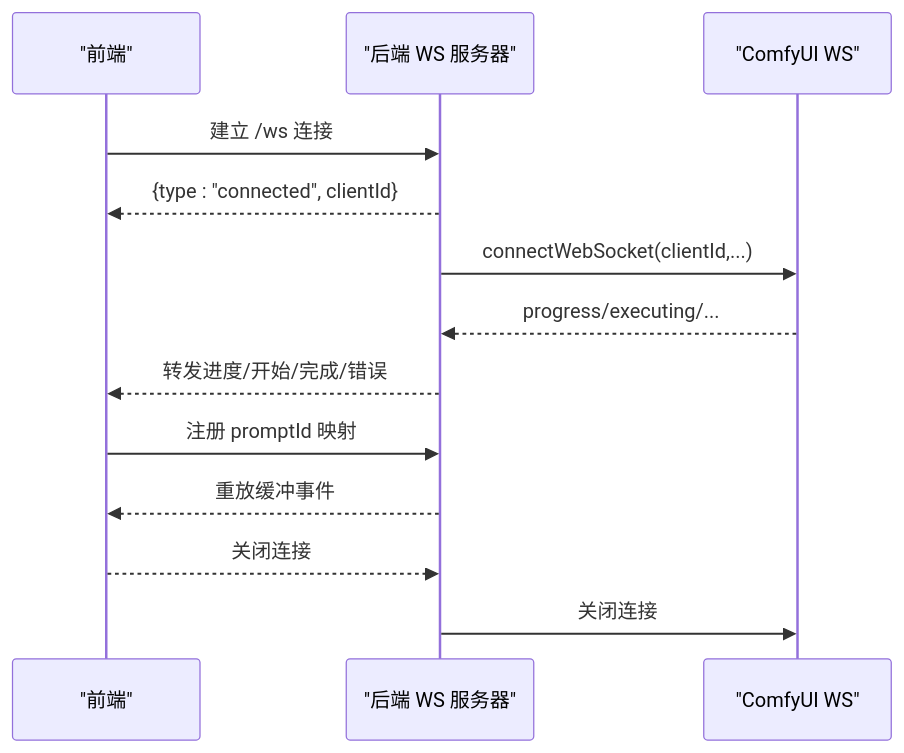
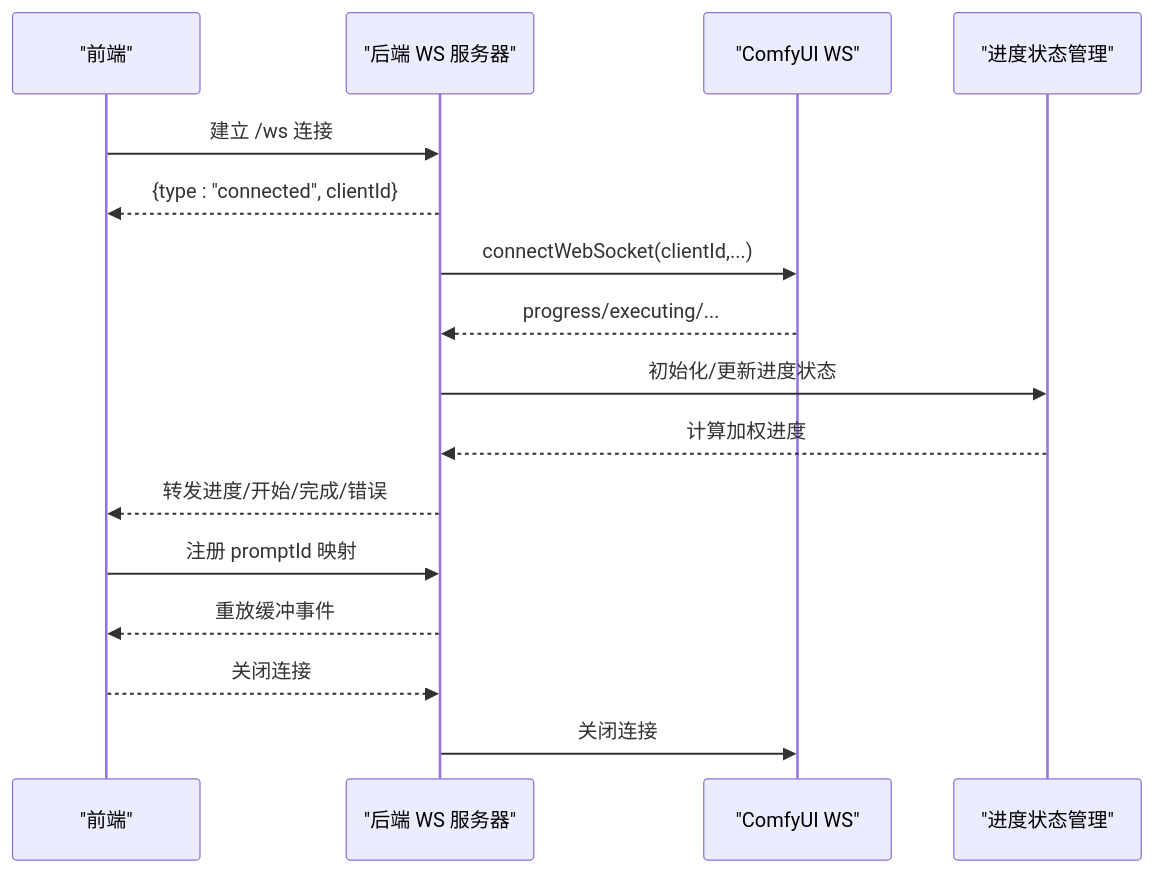
One commit to billye220670/CorineKit_Pix2Real changed the fourth of 6 diagrams in .qoder/repowiki/zh/content/后端服务/ComfyUI 集成.md. Above: the diagram before and after it, drawn with Mermaid. The commit also changed other lines of this file and 13 other files, not shown here.

````diff
--- a/.qoder/repowiki/zh/content/后端服务/ComfyUI 集成.md
+++ b/.qoder/repowiki/zh/content/后端服务/ComfyUI 集成.md
@@ -210,15 +236,18 @@
 ```mermaid
 sequenceDiagram
 participant FE as "前端"
 participant WS as "后端 WS 服务器"
 participant CW as "ComfyUI WS"
+participant PS as "进度状态管理"
 FE->>WS : 建立 /ws 连接
 WS-->>FE : {type : "connected", clientId}
 WS->>CW : connectWebSocket(clientId,...)
 CW-->>WS : progress/executing/...
+WS->>PS : 初始化/更新进度状态
+PS-->>WS : 计算加权进度
 WS-->>FE : 转发进度/开始/完成/错误
 FE->>WS : 注册 promptId 映射
 WS-->>FE : 重放缓冲事件
 FE-->>WS : 关闭连接
 WS->>CW : 关闭连接
 ```
````
